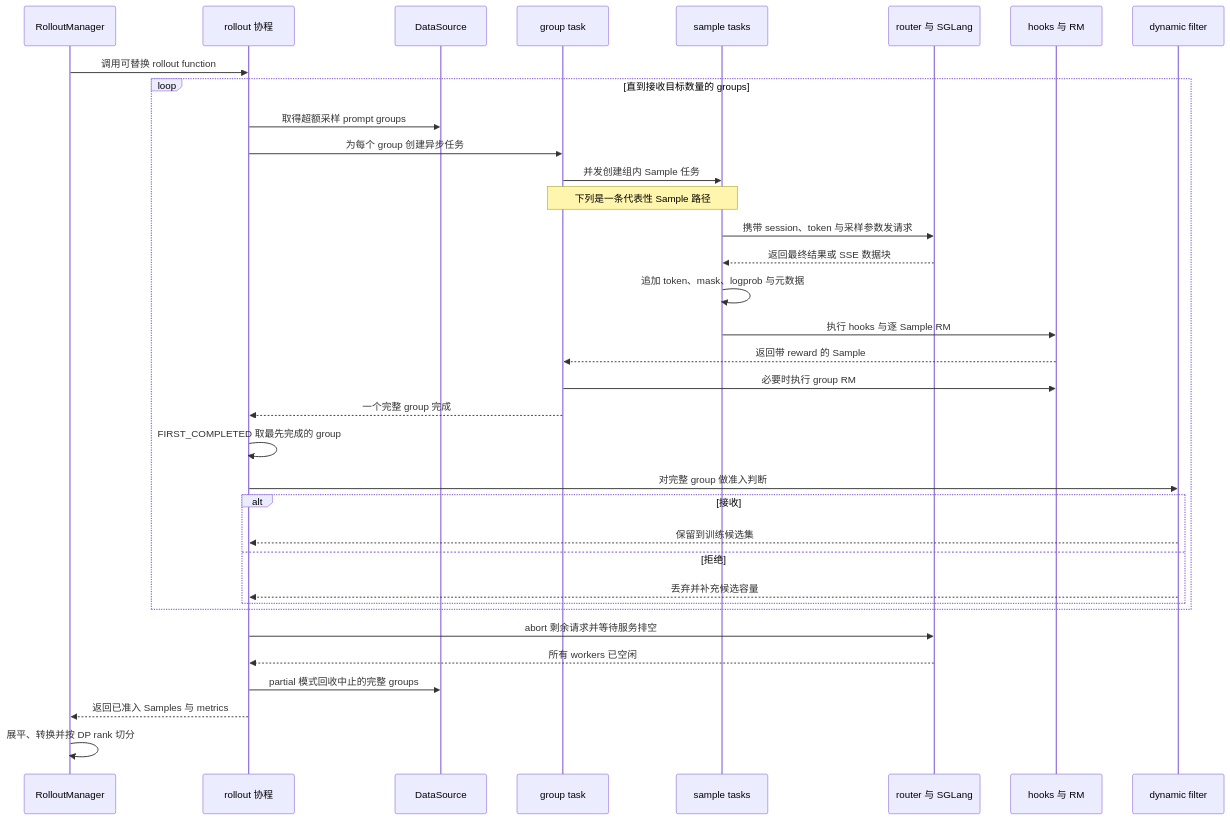
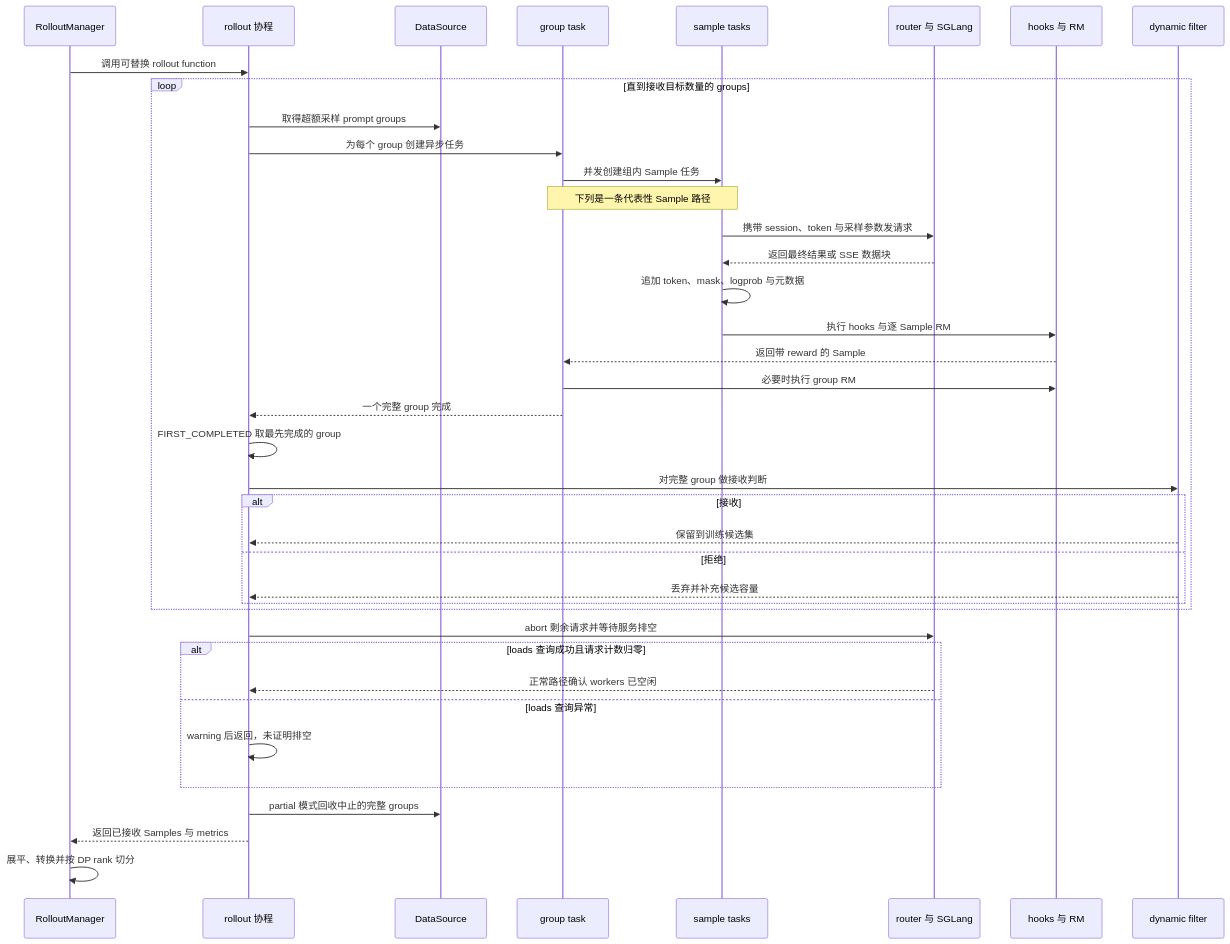
Before and after one commit to suhaibo666/llm-knowledge: the second of 4 diagrams in wiki/02_engineering/04_posttrain_frameworks/slime/13_slime_sglang_rollout_engine_analysis.md, drawn with Mermaid. The commit also changed other lines of this file and 27 other files, not shown here.

````diff
--- a/wiki/02_engineering/04_posttrain_frameworks/slime/13_slime_sglang_rollout_engine_analysis.md
+++ b/wiki/02_engineering/04_posttrain_frameworks/slime/13_slime_sglang_rollout_engine_analysis.md
@@ -74,37 +74,41 @@
 ```mermaid
 sequenceDiagram
     participant RM as RolloutManager
     participant RL as rollout 协程
     participant DS as DataSource
     participant GT as group task
     participant ST as sample tasks
     participant SG as router 与 SGLang
     participant HR as hooks 与 RM
     participant FT as dynamic filter
     RM->>RL: 调用可替换 rollout function
     loop 直到接收目标数量的 groups
         RL->>DS: 取得超额采样 prompt groups
         RL->>GT: 为每个 group 创建异步任务
         GT->>ST: 并发创建组内 Sample 任务
         Note over GT,ST: 下列是一条代表性 Sample 路径
         ST->>SG: 携带 session、token 与采样参数发请求
         SG-->>ST: 返回最终结果或 SSE 数据块
         ST->>ST: 追加 token、mask、logprob 与元数据
         ST->>HR: 执行 hooks 与逐 Sample RM
         HR-->>GT: 返回带 reward 的 Sample
         GT->>HR: 必要时执行 group RM
         GT-->>RL: 一个完整 group 完成
         RL->>RL: FIRST_COMPLETED 取最先完成的 group
-        RL->>FT: 对完整 group 做准入判断
+        RL->>FT: 对完整 group 做接收判断
         alt 接收
             FT-->>RL: 保留到训练候选集
         else 拒绝
             FT-->>RL: 丢弃并补充候选容量
         end
     end
     RL->>SG: abort 剩余请求并等待服务排空
-    SG-->>RL: 所有 workers 已空闲
+    alt loads 查询成功且请求计数归零
+        SG-->>RL: 正常路径确认 workers 已空闲
+    else loads 查询异常
+        RL->>RL: warning 后返回，未证明排空
+    end
     RL->>DS: partial 模式回收中止的完整 groups
-    RL-->>RM: 返回已准入 Samples 与 metrics
+    RL-->>RM: 返回已接收 Samples 与 metrics
     RM->>RM: 展平、转换并按 DP rank 切分
 ```
````
